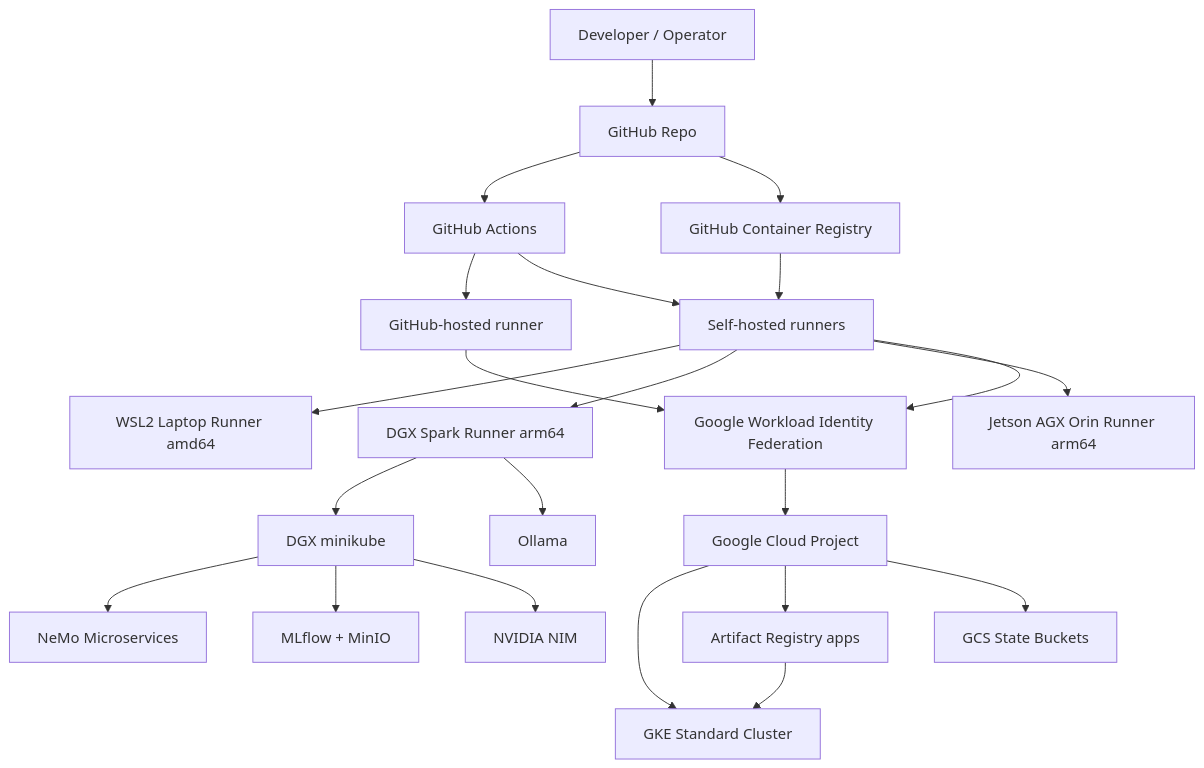
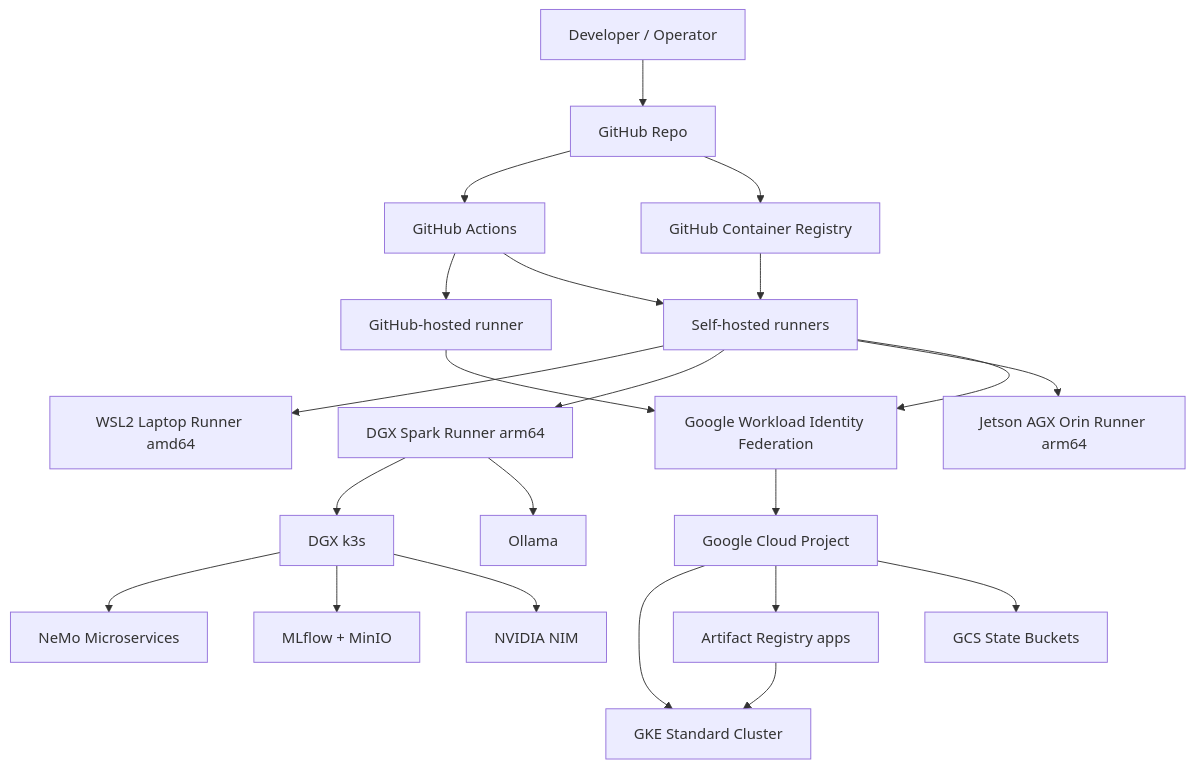
Before and after one commit to miramar-labs-org/miramar-platform-gcp: the diagram in docs/architecture.md, drawn with Mermaid. The commit also changed other lines of this file and 17 other files, not shown here.

````diff
--- a/docs/architecture.md
+++ b/docs/architecture.md
@@ -29,30 +29,30 @@
 ```mermaid
 flowchart TD
     Dev[Developer / Operator] --> GH[GitHub Repo]
     GH --> GHA[GitHub Actions]
 
     GHA --> Hosted[GitHub-hosted runner]
     GHA --> SelfHosted[Self-hosted runners]
 
     SelfHosted --> WSL2[WSL2 Laptop Runner amd64]
     SelfHosted --> DGX[DGX Spark Runner arm64]
     SelfHosted --> AGX[Jetson AGX Orin Runner arm64]
 
     Hosted --> WIF[Google Workload Identity Federation]
     SelfHosted --> WIF
     WIF --> GCP[Google Cloud Project]
 
     GCP --> GKE[GKE Standard Cluster]
     GCP --> GAR[Artifact Registry apps]
     GCP --> GCS[GCS State Buckets]
 
-    DGX --> Minikube[DGX minikube]
-    Minikube --> Nemo[NeMo Microservices]
-    Minikube --> MLflow[MLflow + MinIO]
-    Minikube --> NIM[NVIDIA NIM]
+    DGX --> K3s[DGX k3s]
+    K3s --> Nemo[NeMo Microservices]
+    K3s --> MLflow[MLflow + MinIO]
+    K3s --> NIM[NVIDIA NIM]
     DGX --> Ollama[Ollama]
 
     GH --> GHCR[GitHub Container Registry]
     GHCR --> SelfHosted
     GAR --> GKE
 ```
````
